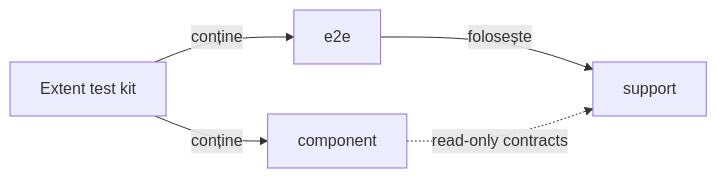
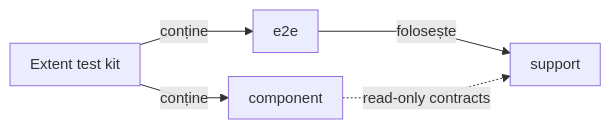
One commit to crististefanita/atf_j0 changed the diagram in atf-reporting-tests/src/test/java/atf/ui/tests/extent/README.md. Above: the diagram before and after it, drawn with Mermaid. The commit also changed other lines of this file and 97 other files, not shown here.

````diff
--- a/atf-reporting-tests/src/test/java/atf/ui/tests/extent/README.md
+++ b/atf-reporting-tests/src/test/java/atf/ui/tests/extent/README.md
@@ -35,8 +35,9 @@
 ```mermaid
+%%{init: {"themeVariables":{"fontSize":"15px"},"themeCSS":".nodeLabel, .nodeLabel p { font-size: 15px !important; line-height: 1.35 !important; } .edgeLabel, .edgeLabel p { font-size: 12px !important; font-weight: 400 !important; line-height: 1.2 !important; } .edgeLabel .labelBkg, .edgeLabel p { background: transparent !important; } .edgeLabel foreignObject { transform: translateY(-28px); overflow: visible; } .node rect { rx: 6px; ry: 6px; }","flowchart":{"curve":"linear","nodeSpacing":24,"rankSpacing":40,"padding":10,"diagramPadding":24}}}%%
 flowchart LR
     Root[Extent test kit]
     Root -->|conține| Component[component]
     Root -->|conține| E2E[e2e]
     E2E -->|folosește| Support[support]
     Component -. read-only contracts .-> Support
 ```
````
